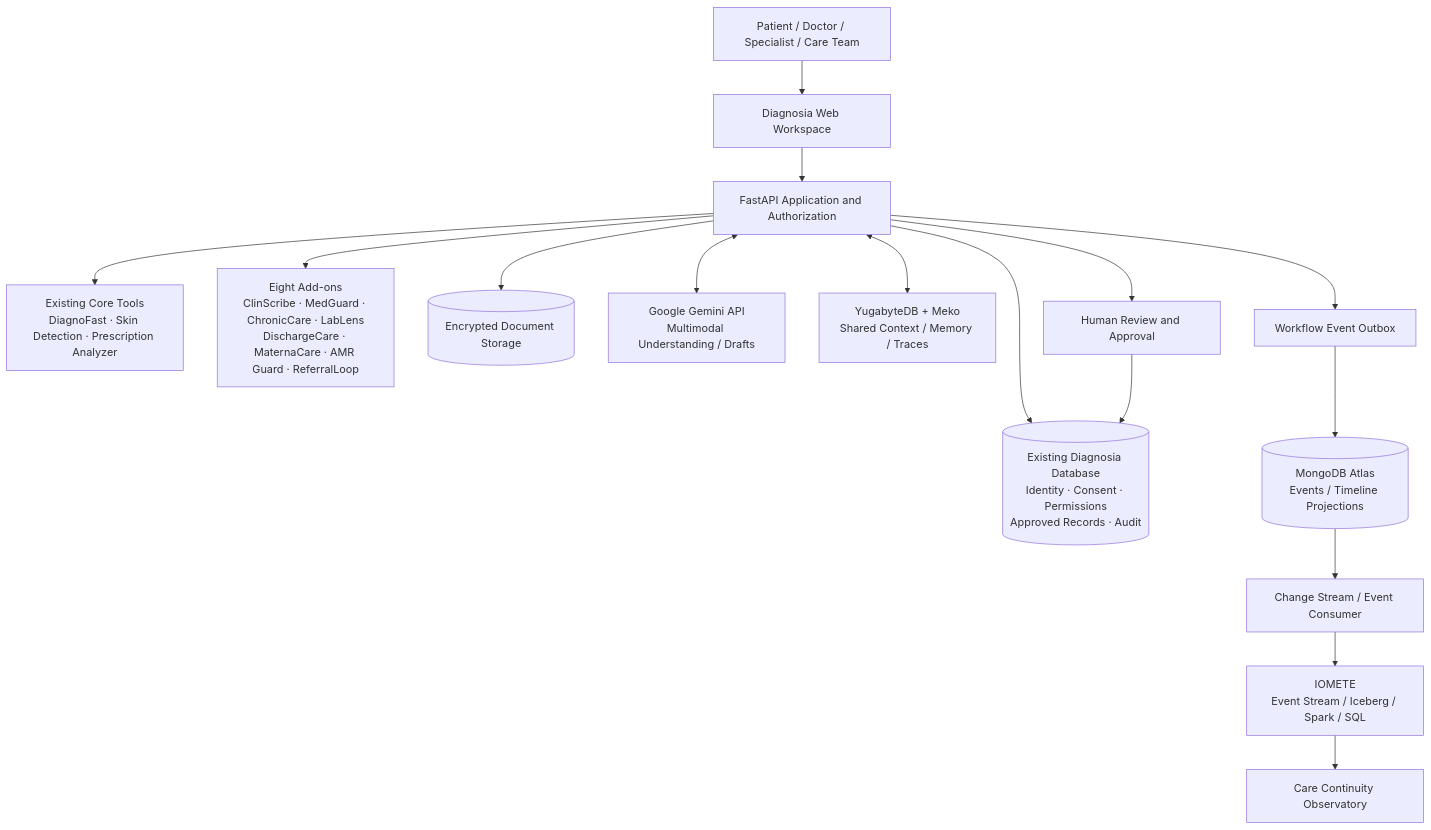
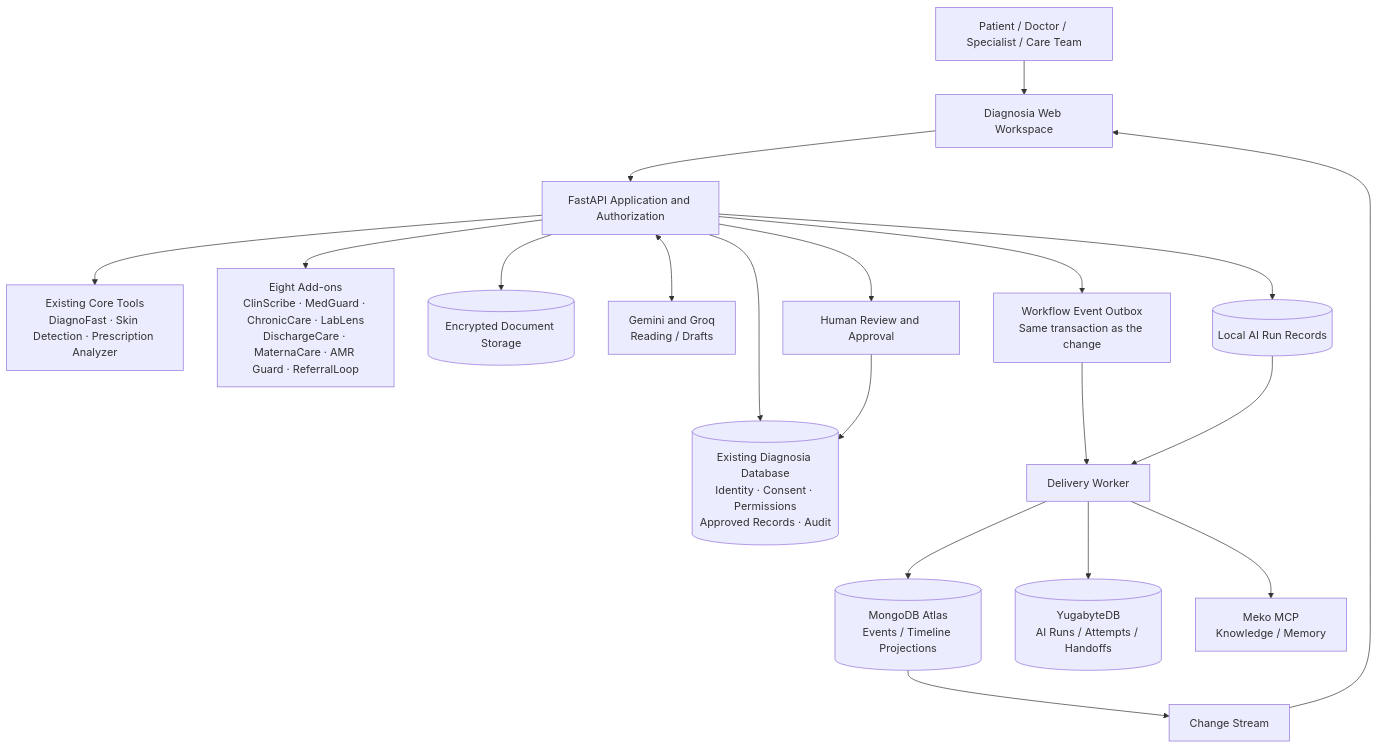
One commit to HimalGarg/diagnosia changed the first of 2 diagrams in README.md. Above: the diagram before and after it, drawn with Mermaid. The commit also changed other lines of this file and 89 other files, not shown here.

````diff
--- a/README.md
+++ b/README.md
@@ -405,23 +330,25 @@
 ```mermaid
 flowchart TD
     U[Patient / Doctor / Specialist / Care Team] --> WEB[Diagnosia Web Workspace]
     WEB --> API[FastAPI Application and Authorization]
 
     API --> CORE[Existing Core Tools<br/>DiagnoFast · Skin Detection · Prescription Analyzer]
     API --> ADDONS[Eight Add-ons<br/>ClinScribe · MedGuard · ChronicCare · LabLens<br/>DischargeCare · MaternaCare · AMR Guard · ReferralLoop]
 
     API --> DB[(Existing Diagnosia Database<br/>Identity · Consent · Permissions<br/>Approved Records · Audit)]
     API --> DOCS[(Encrypted Document Storage)]
 
-    API <--> GEM[Google Gemini API<br/>Multimodal Understanding / Drafts]
-    API <--> MEKO[YugabyteDB + Meko<br/>Shared Context / Memory / Traces]
-
-    API --> OUTBOX[Workflow Event Outbox]
-    OUTBOX --> ATLAS[(MongoDB Atlas<br/>Events / Timeline Projections)]
-    ATLAS --> STREAM[Change Stream / Event Consumer]
-    STREAM --> IOMETE[IOMETE<br/>Event Stream / Iceberg / Spark / SQL]
-    IOMETE --> OBS[Care Continuity Observatory]
+    API <--> GEM[Gemini and Groq<br/>Reading / Drafts]
+    API --> OUTBOX[Workflow Event Outbox<br/>Same transaction as the change]
+    API --> RUNS[(Local AI Run Records)]
+    OUTBOX --> WORKER[Delivery Worker]
+    RUNS --> WORKER
+    WORKER --> ATLAS[(MongoDB Atlas<br/>Events / Timeline Projections)]
+    WORKER --> YB[(YugabyteDB<br/>AI Runs / Attempts / Handoffs)]
+    WORKER --> MEKO[Meko MCP<br/>Knowledge / Memory]
+    ATLAS --> STREAM[Change Stream]
+    STREAM --> WEB
 
     API --> REVIEW[Human Review and Approval]
     REVIEW --> DB
 ```
````
